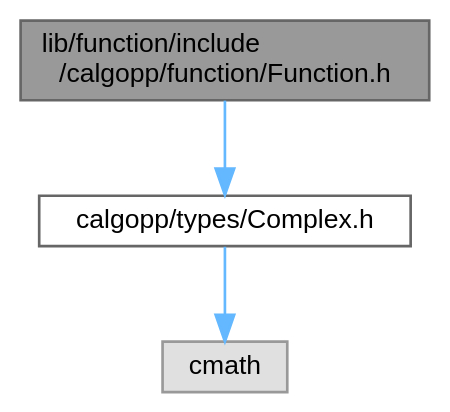
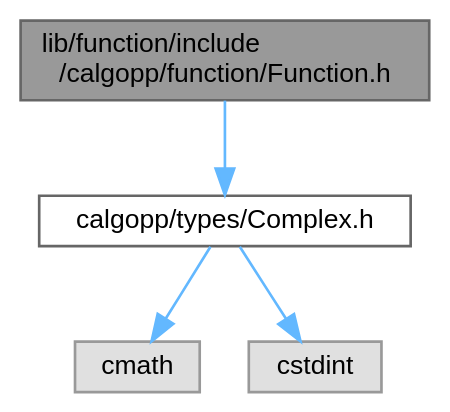
Before and after one commit to pawelekg95/algopp: the diagram in Function_8h__incl.dot, drawn with Graphviz. The commit also changed 45 other files, not shown here.

```diff
--- a/Function_8h__incl.dot
+++ b/Function_8h__incl.dot
@@ -1,12 +1,14 @@
 digraph "lib/function/include/calgopp/function/Function.h"
 {
  // LATEX_PDF_SIZE
   bgcolor="transparent";
   edge [fontname=Helvetica,fontsize=10,labelfontname=Helvetica,labelfontsize=10];
   node [fontname=Helvetica,fontsize=10,shape=box,height=0.2,width=0.4];
   Node1 [label="lib/function/include\l/calgopp/function/Function.h",height=0.2,width=0.4,color="gray40", fillcolor="grey60", style="filled", fontcolor="black",tooltip=" "];
   Node1 -> Node2 [color="steelblue1",style="solid"];
   Node2 [label="calgopp/types/Complex.h",height=0.2,width=0.4,color="grey40", fillcolor="white", style="filled",URL="$Complex_8h.html",tooltip=" "];
   Node2 -> Node3 [color="steelblue1",style="solid"];
   Node3 [label="cmath",height=0.2,width=0.4,color="grey60", fillcolor="#E0E0E0", style="filled",tooltip=" "];
+  Node2 -> Node4 [color="steelblue1",style="solid"];
+  Node4 [label="cstdint",height=0.2,width=0.4,color="grey60", fillcolor="#E0E0E0", style="filled",tooltip=" "];
 }
```
